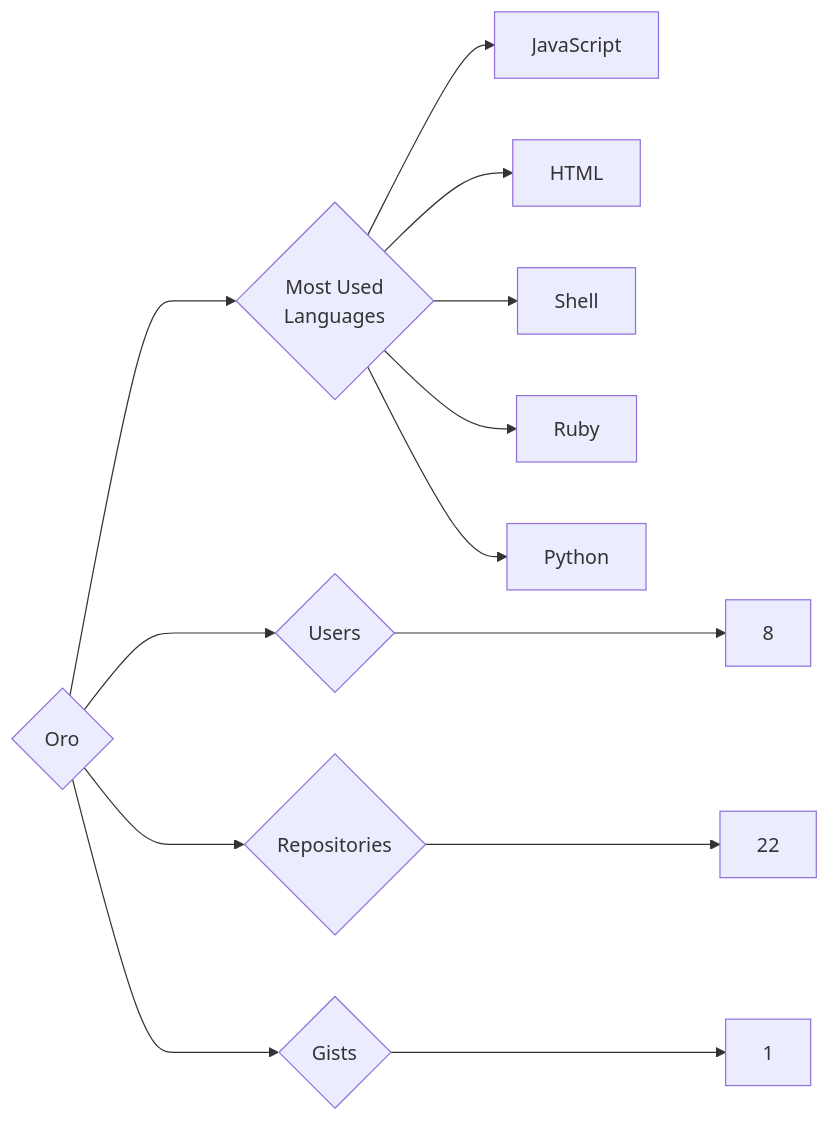
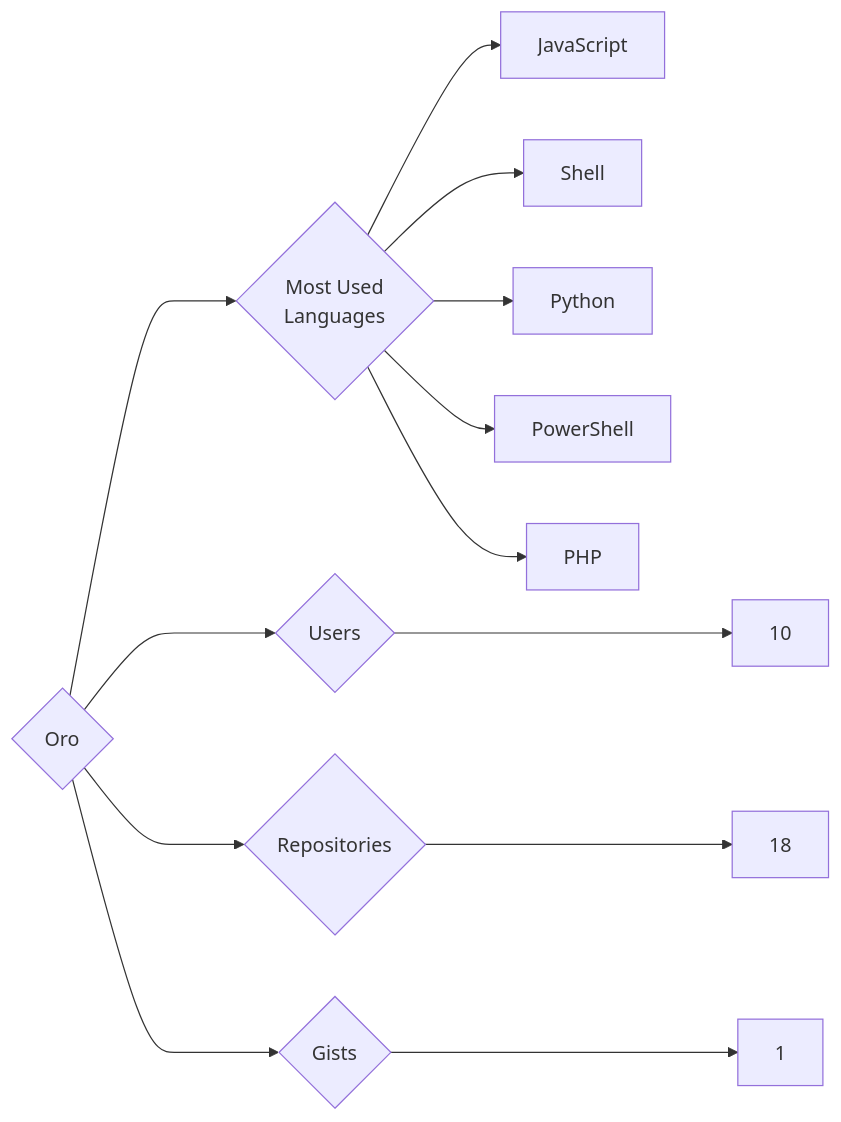
One commit to trickest/insiders changed the diagram in targets/Oro/README.md. Above: the diagram before and after it, drawn with Mermaid. The commit also changed 920 other files, not shown here.

````diff
--- a/targets/Oro/README.md
+++ b/targets/Oro/README.md
@@ -3,13 +3,13 @@
 ```mermaid
 graph LR
 COMPANY_NAME{Oro}
-COMPANY_NAME ---> U{Users} ---> UN[8]
-COMPANY_NAME ---> R{Repositories} ---> RN[22]
+COMPANY_NAME ---> U{Users} ---> UN[10]
+COMPANY_NAME ---> R{Repositories} ---> RN[18]
 COMPANY_NAME ---> G{Gists} ---> GN[1]
 COMPANY_NAME ---> ML{Most Used<br>Languages}
 ML --> JavaScript[JavaScript]
-ML --> HTML[HTML]
 ML --> Shell[Shell]
-ML --> Ruby[Ruby]
 ML --> Python[Python]
+ML --> PowerShell[PowerShell]
+ML --> PHP[PHP]
 ```
````
